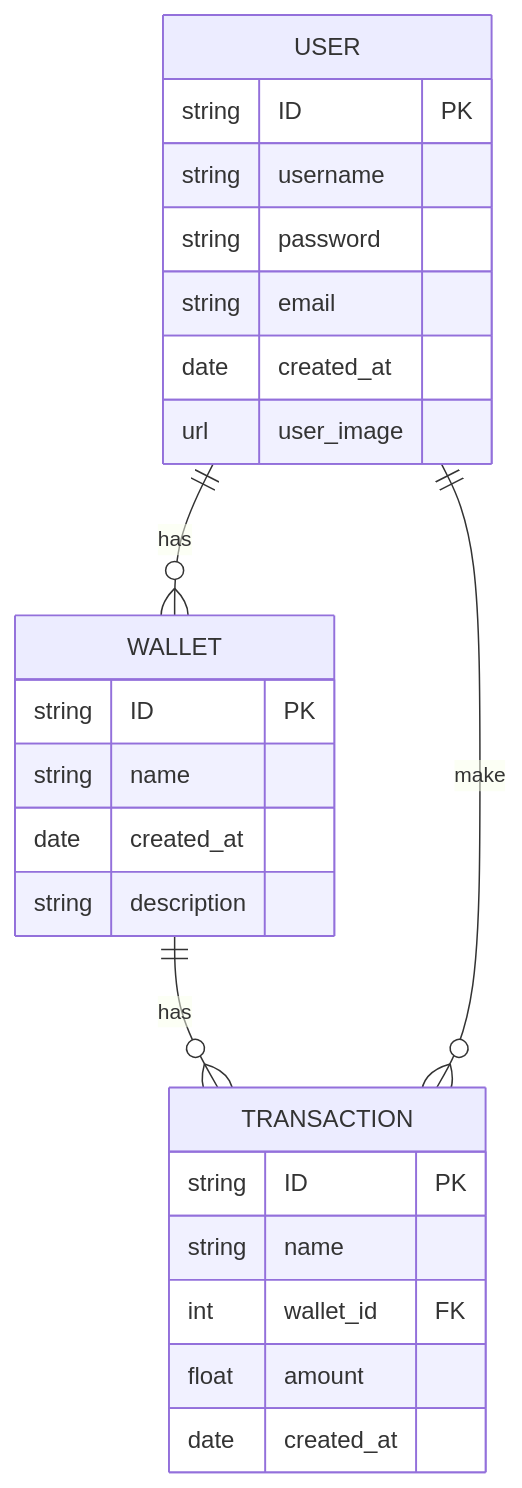
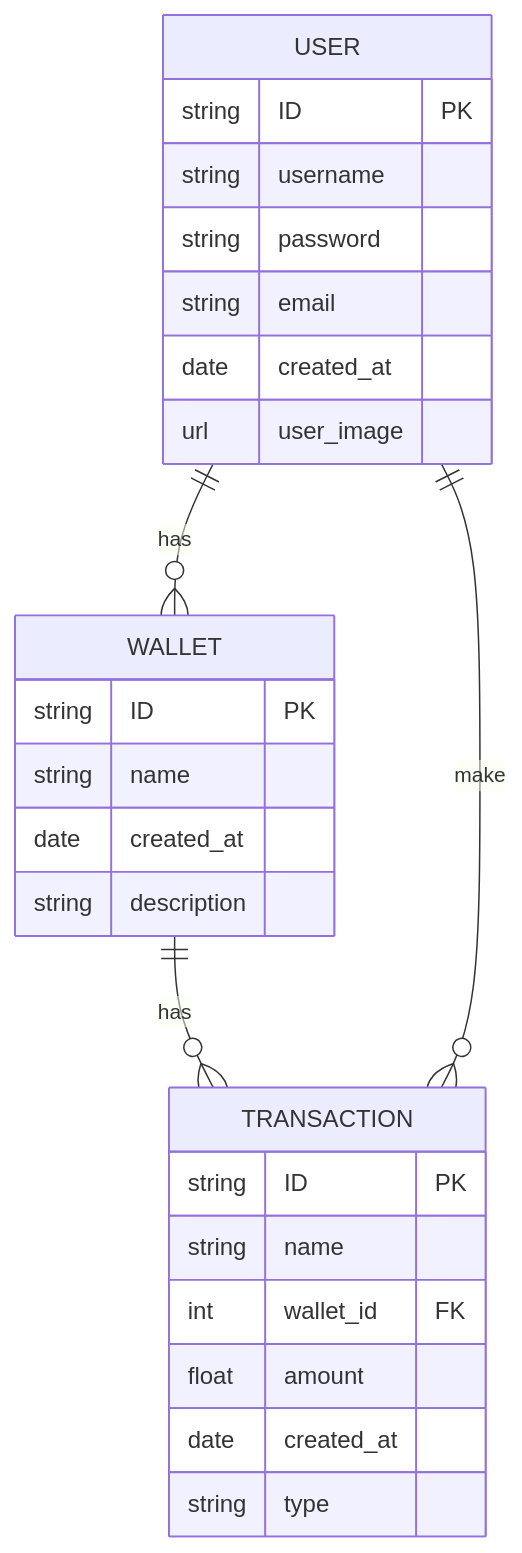
One commit to BinniesLite/finance_app changed the diagram in README.md. Above: the diagram before and after it, drawn with Mermaid. The commit also changed 4 other files, not shown here.

````diff
--- a/README.md
+++ b/README.md
@@ -81,33 +81,34 @@
 ```mermaid
 erDiagram
   WALLET ||--o{ TRANSACTION : has
   
   USER ||--O{ TRANSACTION : make 
   USER ||--O{ WALLET : has
 
   WALLET { 
     string ID PK
     string name  
     date created_at 
     string description 
   }
   
   TRANSACTION {
     string ID PK
     string name 
     int wallet_id FK
     float amount 
     date created_at 
+    string type 
   }
 
   USER {
     string ID PK
     string username
     string password
     string email
     date created_at
     url user_image
 
   }
 
 ```
````
